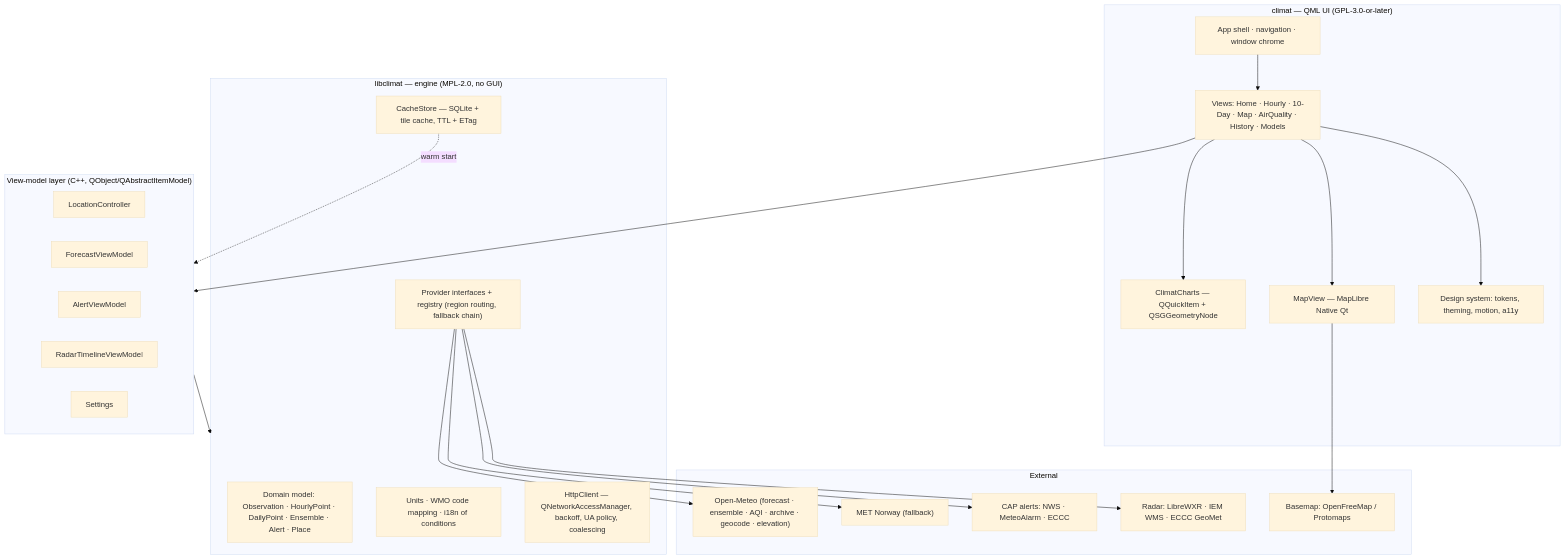
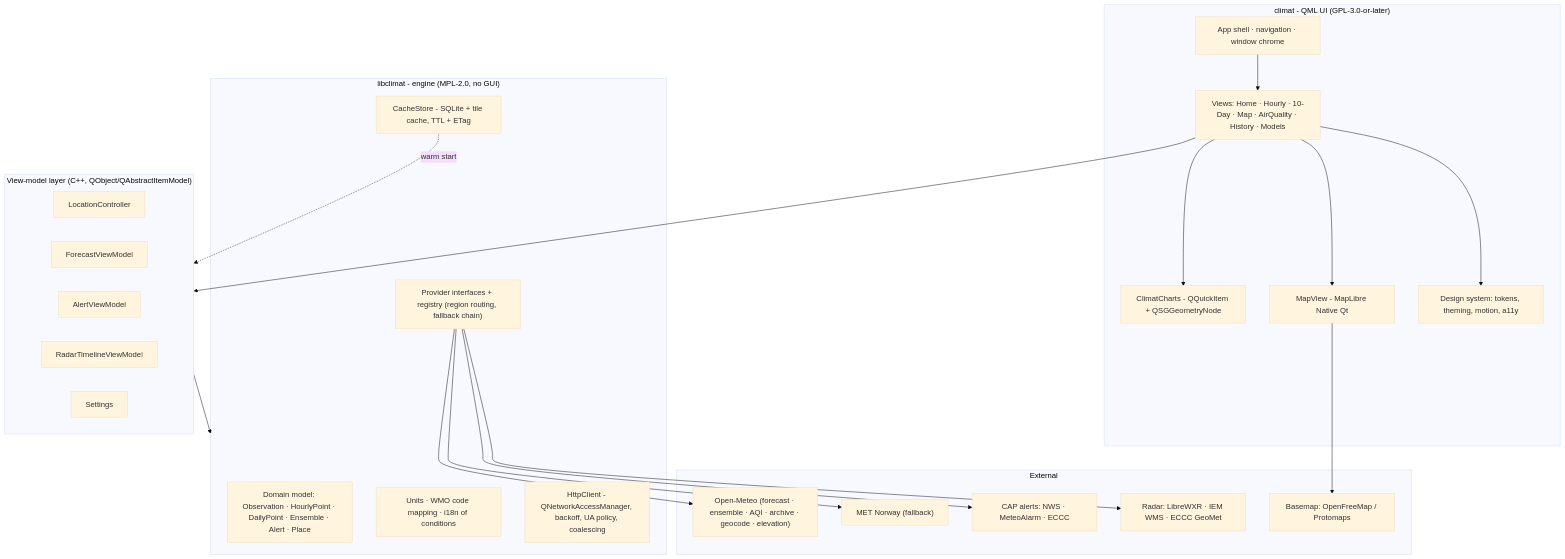
Before and after one commit to JowiAoun/clima: the diagram in docs/04-architecture.md, drawn with Mermaid (base theme). The commit also changed other lines of this file and 491 other files, not shown here.

````diff
--- a/docs/04-architecture.md
+++ b/docs/04-architecture.md
@@ -23,43 +23,43 @@
 ```mermaid
 flowchart TB
-    subgraph UI["climat — QML UI (GPL-3.0-or-later)"]
+    subgraph UI["climat - QML UI (GPL-3.0-or-later)"]
         Shell["App shell · navigation · window chrome"]
         Views["Views: Home · Hourly · 10-Day · Map · AirQuality · History · Models"]
-        Charts["ClimatCharts — QQuickItem + QSGGeometryNode"]
-        MapView["MapView — MapLibre Native Qt"]
+        Charts["ClimatCharts - QQuickItem + QSGGeometryNode"]
+        MapView["MapView - MapLibre Native Qt"]
         Design["Design system: tokens, theming, motion, a11y"]
     end
 
     subgraph VM["View-model layer (C++, QObject/QAbstractItemModel)"]
         LocationVM["LocationController"]
         ForecastVM["ForecastViewModel"]
         AlertVM["AlertViewModel"]
         RadarVM["RadarTimelineViewModel"]
         SettingsVM["Settings"]
     end
 
-    subgraph Core["libclimat — engine (MPL-2.0, no GUI)"]
+    subgraph Core["libclimat - engine (MPL-2.0, no GUI)"]
         Domain["Domain model: Observation · HourlyPoint · DailyPoint · Ensemble · Alert · Place"]
         Providers["Provider interfaces + registry (region routing, fallback chain)"]
-        Cache["CacheStore — SQLite + tile cache, TTL + ETag"]
+        Cache["CacheStore - SQLite + tile cache, TTL + ETag"]
         Units["Units · WMO code mapping · i18n of conditions"]
-        Net["HttpClient — QNetworkAccessManager, backoff, UA policy, coalescing"]
+        Net["HttpClient - QNetworkAccessManager, backoff, UA policy, coalescing"]
     end
 
     subgraph Ext["External"]
         OM["Open-Meteo (forecast · ensemble · AQI · archive · geocode · elevation)"]
         MET["MET Norway (fallback)"]
         CAP["CAP alerts: NWS · MeteoAlarm · ECCC"]
         RAD["Radar: LibreWXR · IEM WMS · ECCC GeoMet"]
         TILES["Basemap: OpenFreeMap / Protomaps"]
     end
 
     Shell --> Views --> Charts
     Views --> MapView
     Views --> Design
     Views --> VM
     VM --> Core
     Providers --> OM & MET & CAP & RAD
     MapView --> TILES
     Cache -.->|"warm start"| VM
 ```
````
